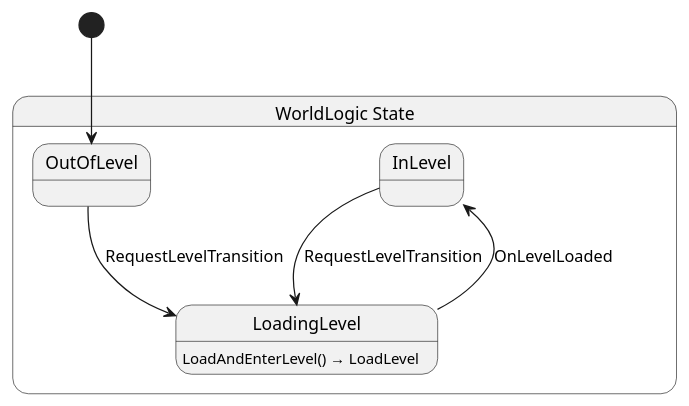
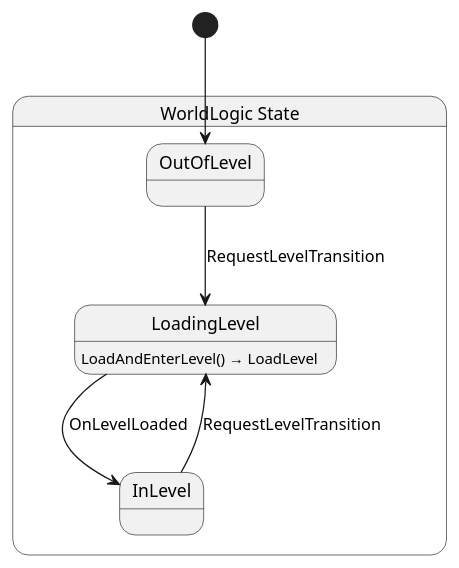
One commit to nilsiker/yolk changed the diagram in Yolk.Logic/World/WorldLogic.g.puml. Above: the diagram before and after it, drawn with PlantUML. The commit also changed other lines of this file and 14 other files, not shown here.

```diff
--- a/Yolk.Logic/World/WorldLogic.g.puml
+++ b/Yolk.Logic/World/WorldLogic.g.puml
@@ -1,15 +1,15 @@
 @startuml WorldLogic
 state "WorldLogic State" as Yolk_Level_WorldLogic_State {
-  state "InLevel" as Yolk_Level_WorldLogic_State_InLevel
   state "LoadingLevel" as Yolk_Level_WorldLogic_State_LoadingLevel
   state "OutOfLevel" as Yolk_Level_WorldLogic_State_OutOfLevel
+  state "InLevel" as Yolk_Level_WorldLogic_State_InLevel
 }
 
 Yolk_Level_WorldLogic_State_InLevel --> Yolk_Level_WorldLogic_State_LoadingLevel : RequestLevelTransition
 Yolk_Level_WorldLogic_State_LoadingLevel --> Yolk_Level_WorldLogic_State_InLevel : OnLevelLoaded
 Yolk_Level_WorldLogic_State_OutOfLevel --> Yolk_Level_WorldLogic_State_LoadingLevel : RequestLevelTransition
 
 Yolk_Level_WorldLogic_State_LoadingLevel : LoadAndEnterLevel() → LoadLevel
 
 [*] --> Yolk_Level_WorldLogic_State_OutOfLevel
 @enduml
```
